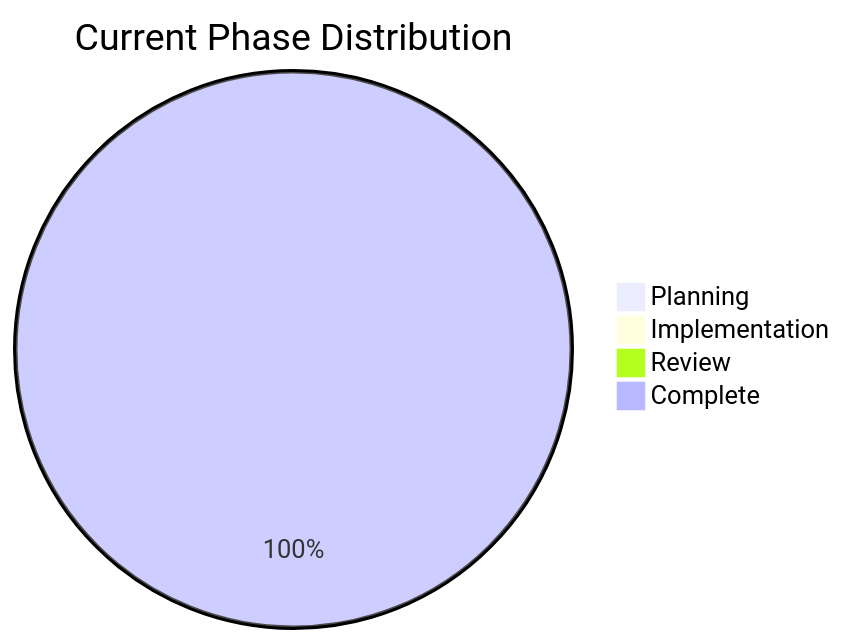
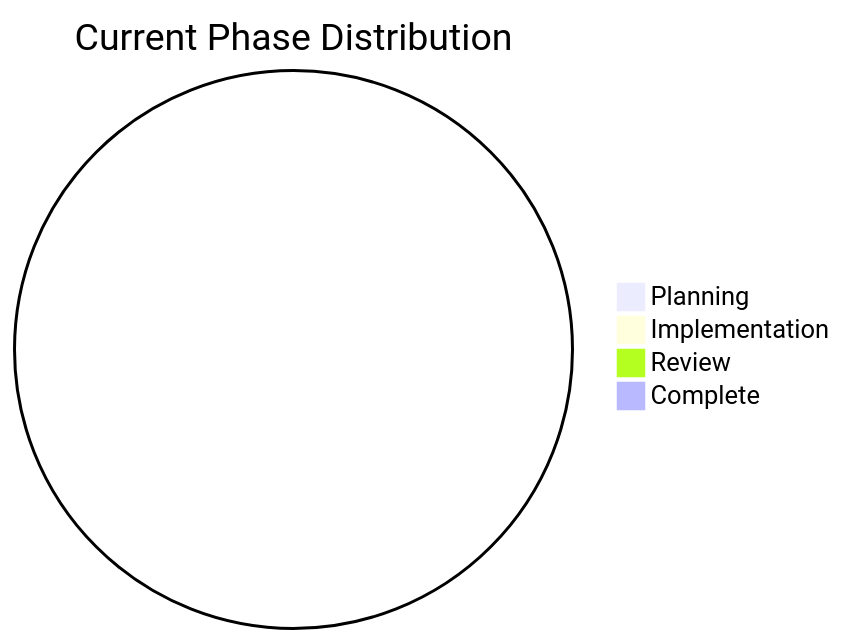
One commit to kennedym-ds/copilot_orchestrator changed the diagram in docs/dashboards/workflow-metrics.md. Above: the diagram before and after it, drawn with Mermaid. The commit also changed other lines of this file and 77 other files, not shown here.

````diff
--- a/docs/dashboards/workflow-metrics.md
+++ b/docs/dashboards/workflow-metrics.md
@@ -21,7 +21,7 @@
 ```mermaid
 pie title Current Phase Distribution
     "Planning" : 0
     "Implementation" : 0
     "Review" : 0
-    "Complete" : 1
+    "Complete" : 0
 ```
````
